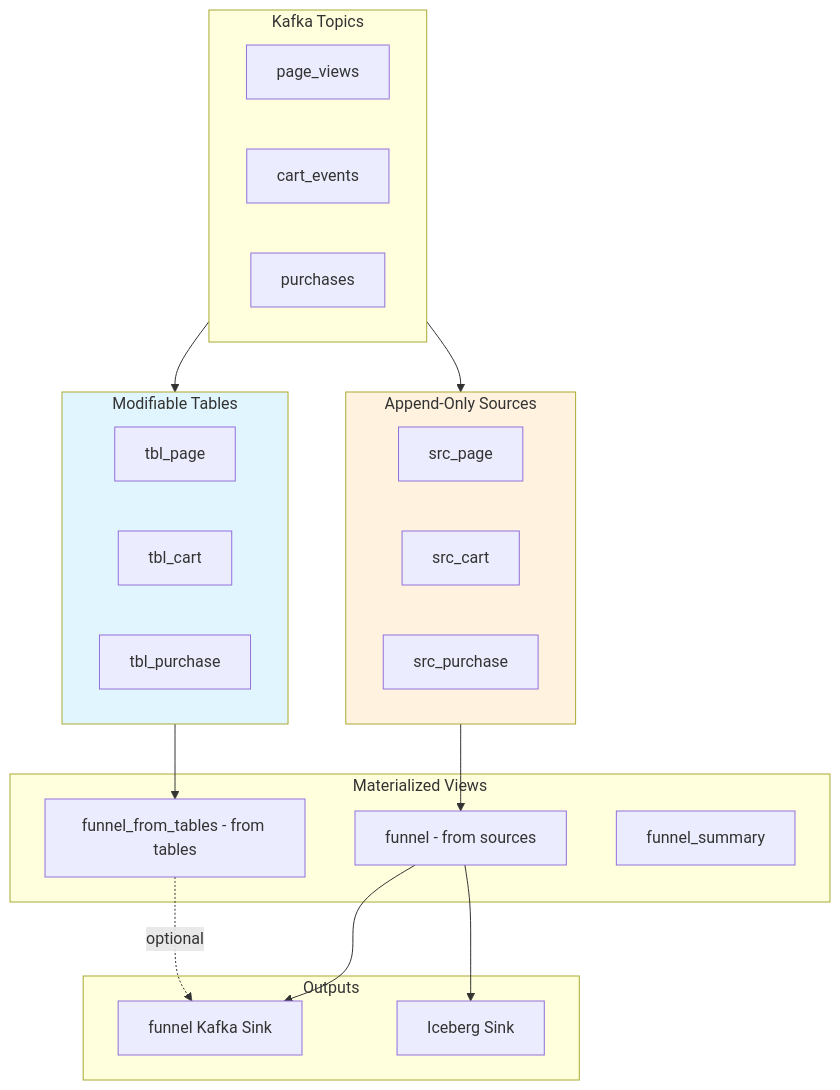
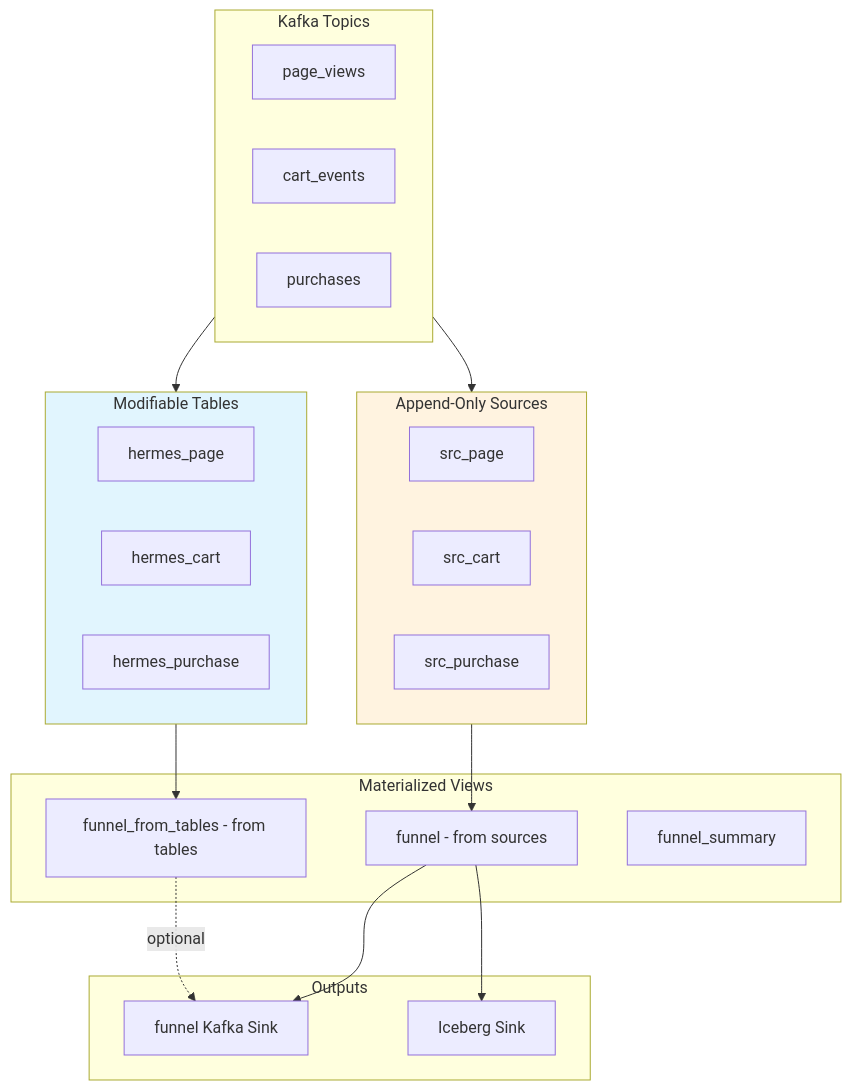
One commit to sgioldasis/risingwave-test changed the diagram in plans/kafka_tables_for_updates_plan.md. Above: the diagram before and after it, drawn with Mermaid. The commit also changed other lines of this file and 10 other files, not shown here.

````diff
--- a/plans/kafka_tables_for_updates_plan.md
+++ b/plans/kafka_tables_for_updates_plan.md
@@ -269,44 +269,44 @@
 ```mermaid
 flowchart TB
     subgraph Kafka["Kafka Topics"]
         K1[page_views]
         K2[cart_events]
         K3[purchases]
     end
     
     subgraph Sources["Append-Only Sources"]
         S1[src_page]
         S2[src_cart]
         S3[src_purchase]
     end
     
     subgraph Tables["Modifiable Tables"]
-        T1[tbl_page]
-        T2[tbl_cart]
-        T3[tbl_purchase]
+        T1[hermes_page]
+        T2[hermes_cart]
+        T3[hermes_purchase]
     end
     
     subgraph MVs["Materialized Views"]
         MV1[funnel - from sources]
         MV2[funnel_from_tables - from tables]
         MV3[funnel_summary]
     end
     
     subgraph Outputs["Outputs"]
         O1[funnel Kafka Sink]
         O2[Iceberg Sink]
     end
     
     Kafka --> Sources
     Kafka --> Tables
     
     Sources --> MV1
     Tables --> MV2
     
     MV1 --> O1
     MV1 --> O2
     MV2 -.->|optional| O1
     
     style Tables fill:#e1f5fe
     style Sources fill:#fff3e0
 ```
````
